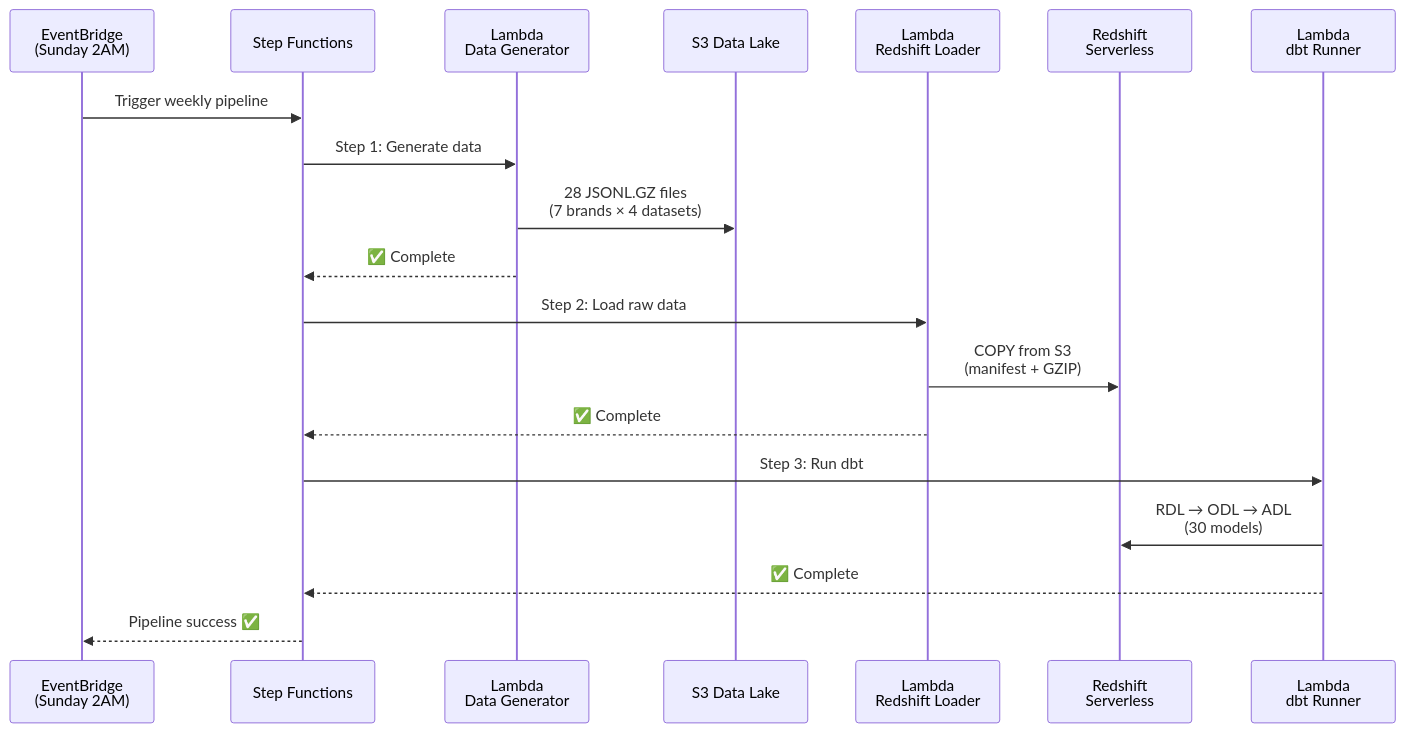
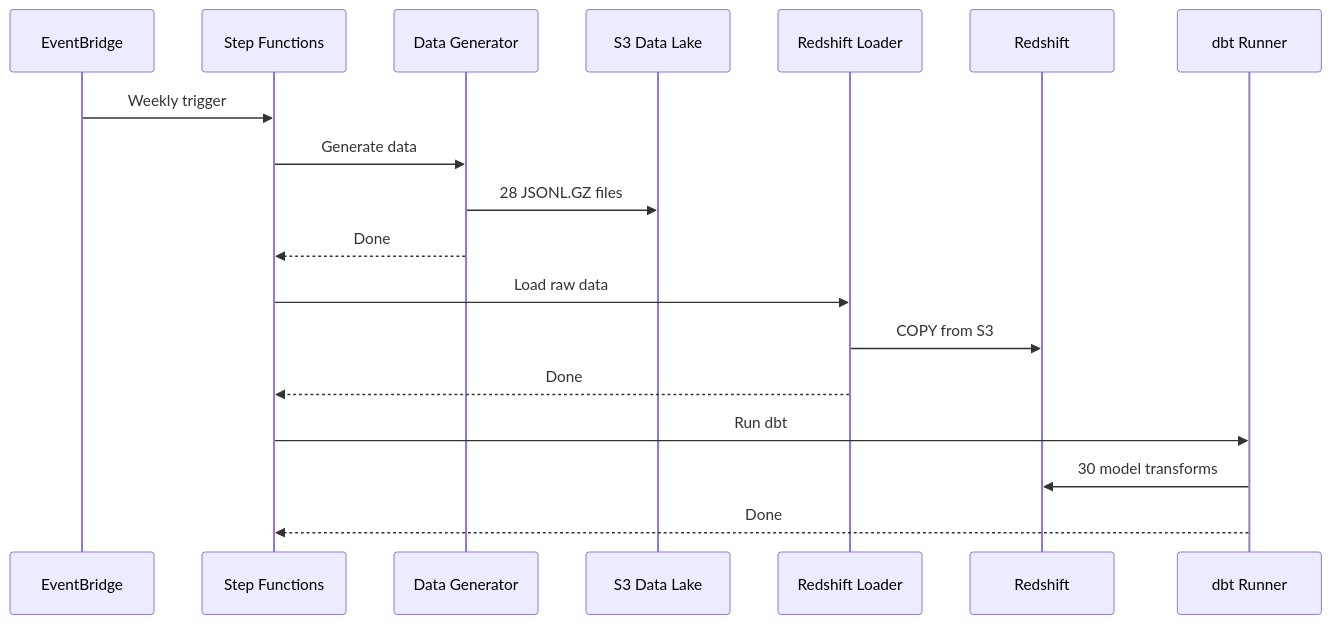
One commit to TimiOlayinka/boohoo-data-pipeline changed the second of 4 diagrams in README.md. Above: the diagram before and after it, drawn with Mermaid. The commit also changed other lines of this file, not shown here.

Commit message:
docs: fix Mermaid diagrams for GitHub rendering

````diff
--- a/README.md
+++ b/README.md
@@ -75,22 +60,21 @@
 ```mermaid
 sequenceDiagram
-    participant EB as EventBridge<br/>(Sunday 2AM)
+    participant EB as EventBridge
     participant SF as Step Functions
-    participant L1 as Lambda<br/>Data Generator
+    participant L1 as Data Generator
     participant S3 as S3 Data Lake
-    participant L2 as Lambda<br/>Redshift Loader
-    participant RS as Redshift<br/>Serverless
-    participant L3 as Lambda<br/>dbt Runner
+    participant L2 as Redshift Loader
+    participant RS as Redshift
+    participant L3 as dbt Runner
 
-    EB->>SF: Trigger weekly pipeline
-    SF->>L1: Step 1: Generate data
-    L1->>S3: 28 JSONL.GZ files<br/>(7 brands × 4 datasets)
-    L1-->>SF: ✅ Complete
-    SF->>L2: Step 2: Load raw data
-    L2->>RS: COPY from S3<br/>(manifest + GZIP)
-    L2-->>SF: ✅ Complete
-    SF->>L3: Step 3: Run dbt
-    L3->>RS: RDL → ODL → ADL<br/>(30 models)
-    L3-->>SF: ✅ Complete
-    SF-->>EB: Pipeline success ✅
+    EB->>SF: Weekly trigger
+    SF->>L1: Generate data
+    L1->>S3: 28 JSONL.GZ files
+    L1-->>SF: Done
+    SF->>L2: Load raw data
+    L2->>RS: COPY from S3
+    L2-->>SF: Done
+    SF->>L3: Run dbt
+    L3->>RS: 30 model transforms
+    L3-->>SF: Done
 ```
````
